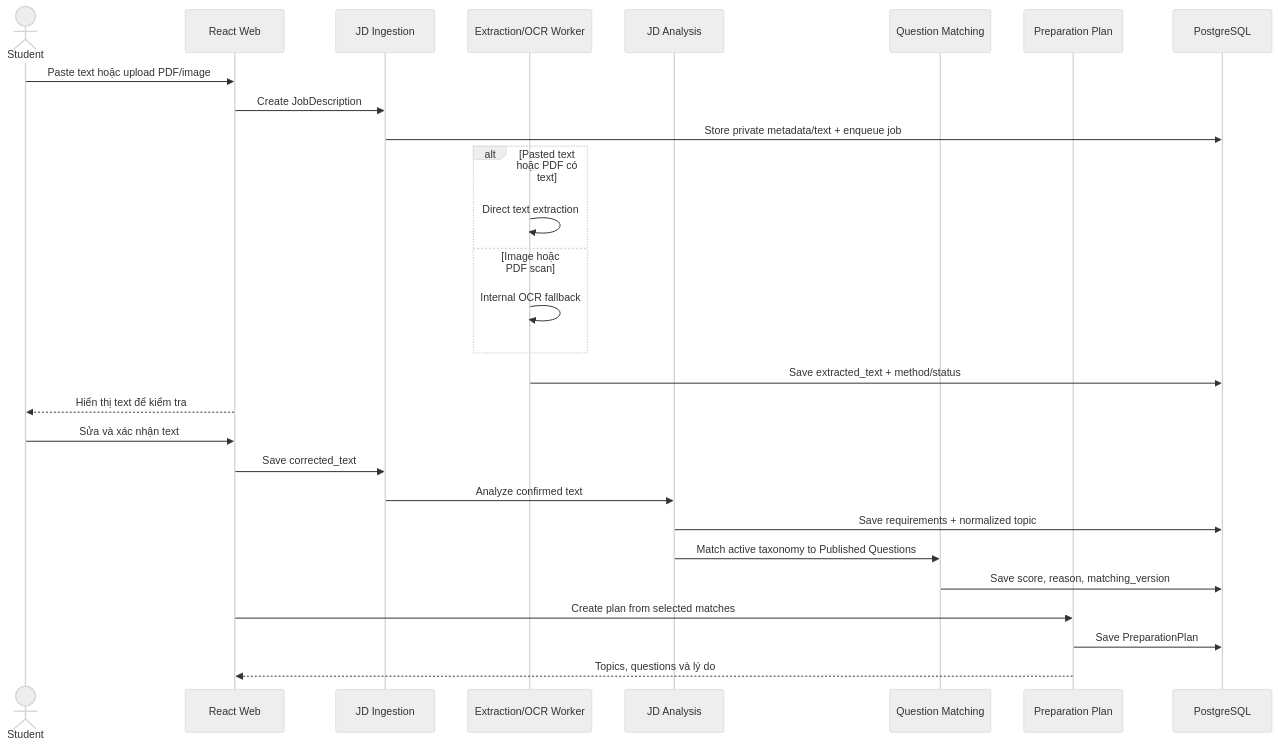
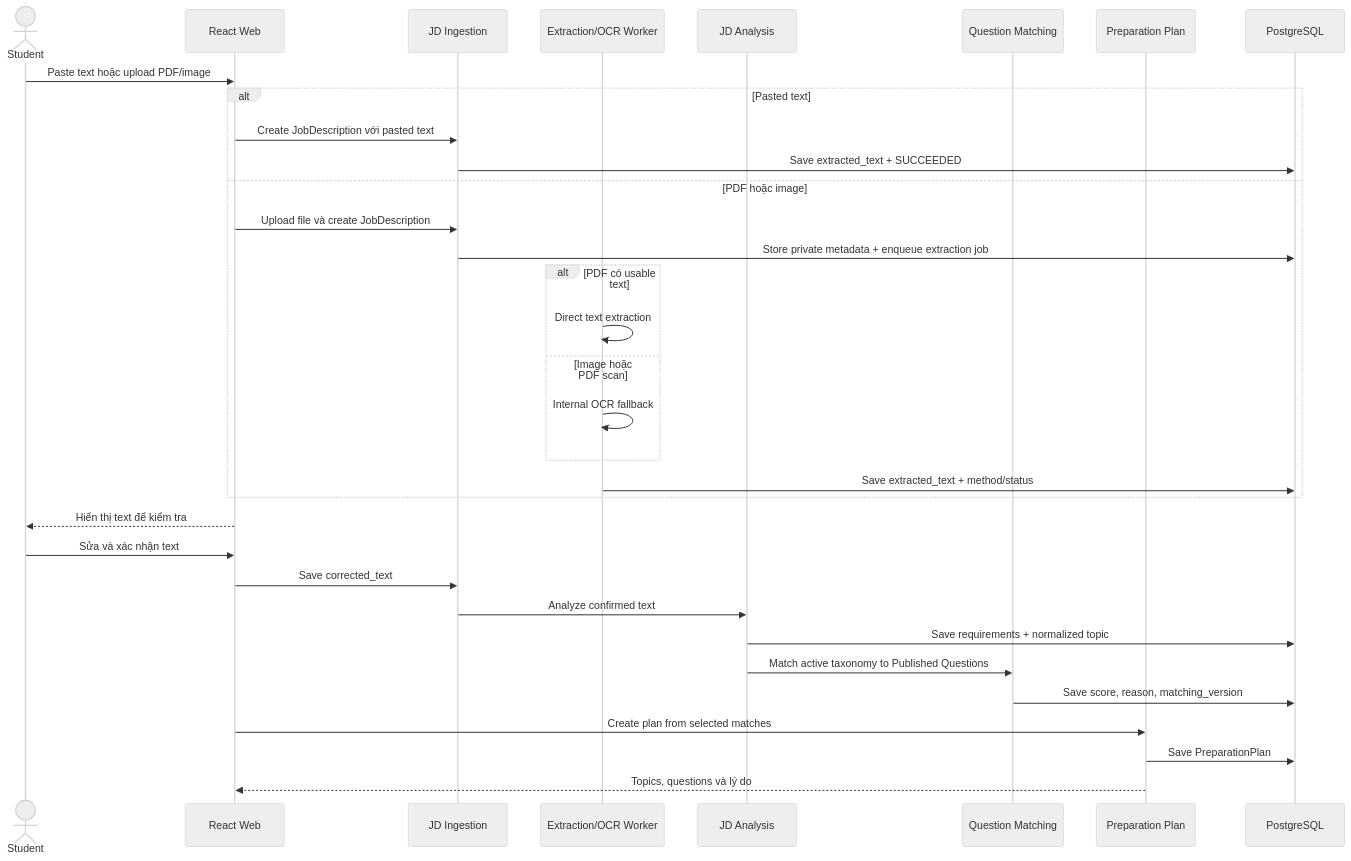
One commit to tnnhuaa/InterviewQuestionBank changed the fourth of 7 diagrams in docs/Project_Architecture/software_architecture.md. Above: the diagram before and after it, drawn with Mermaid (neutral theme). The commit also changed other lines of this file and 2 other files, not shown here.

Commit message:
docs(architecture): clarify MVP baseline and PoC validation scope

````diff
--- a/docs/Project_Architecture/software_architecture.md
+++ b/docs/Project_Architecture/software_architecture.md
@@ -233,30 +233,35 @@
 ```mermaid
 sequenceDiagram
     actor S as Student
     participant W as React Web
     participant I as JD Ingestion
     participant X as Extraction/OCR Worker
     participant A as JD Analysis
     participant M as Question Matching
     participant P as Preparation Plan
     participant D as PostgreSQL
     S->>W: Paste text hoặc upload PDF/image
-    W->>I: Create JobDescription
-    I->>D: Store private metadata/text + enqueue job
-    alt Pasted text hoặc PDF có text
-        X->>X: Direct text extraction
-    else Image hoặc PDF scan
-        X->>X: Internal OCR fallback
+    alt Pasted text
+        W->>I: Create JobDescription với pasted text
+        I->>D: Save extracted_text + SUCCEEDED
+    else PDF hoặc image
+        W->>I: Upload file và create JobDescription
+        I->>D: Store private metadata + enqueue extraction job
+        alt PDF có usable text
+            X->>X: Direct text extraction
+        else Image hoặc PDF scan
+            X->>X: Internal OCR fallback
+        end
+        X->>D: Save extracted_text + method/status
     end
-    X->>D: Save extracted_text + method/status
     W-->>S: Hiển thị text để kiểm tra
     S->>W: Sửa và xác nhận text
     W->>I: Save corrected_text
     I->>A: Analyze confirmed text
     A->>D: Save requirements + normalized topic
     A->>M: Match active taxonomy to Published Questions
     M->>D: Save score, reason, matching_version
     W->>P: Create plan from selected matches
     P->>D: Save PreparationPlan
     P-->>W: Topics, questions và lý do
 ```
````
